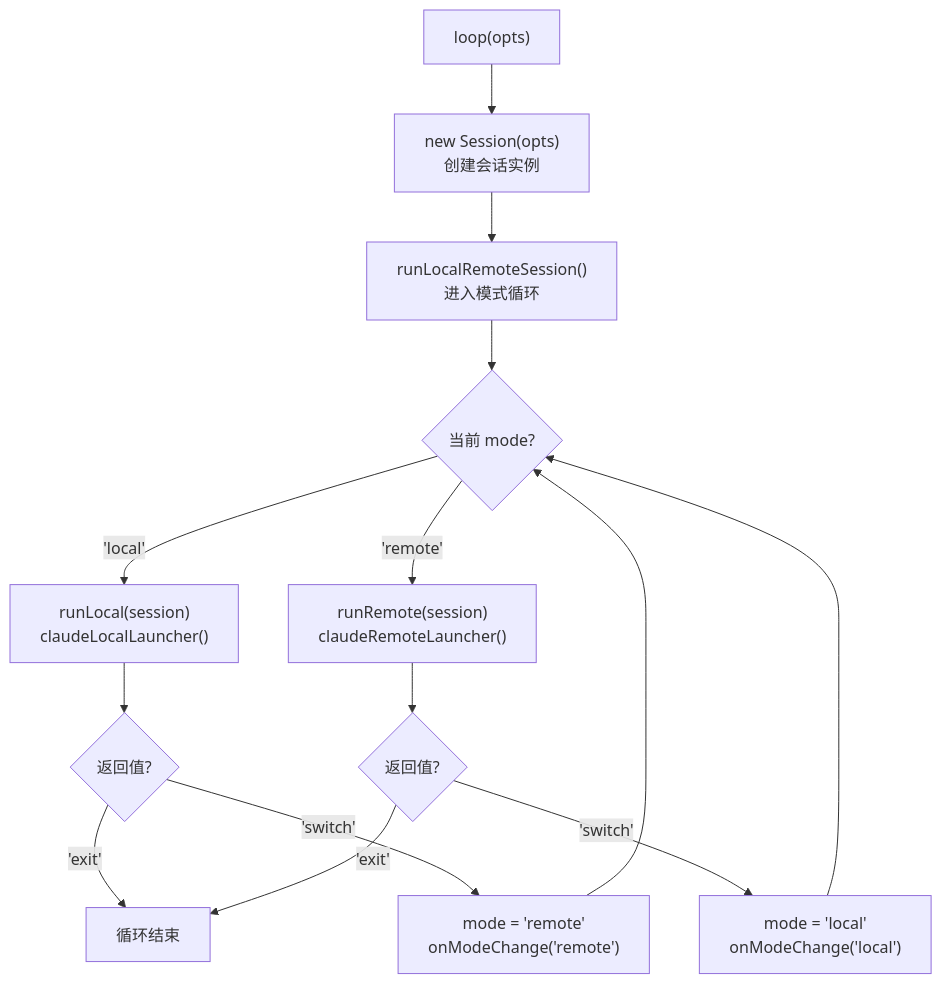
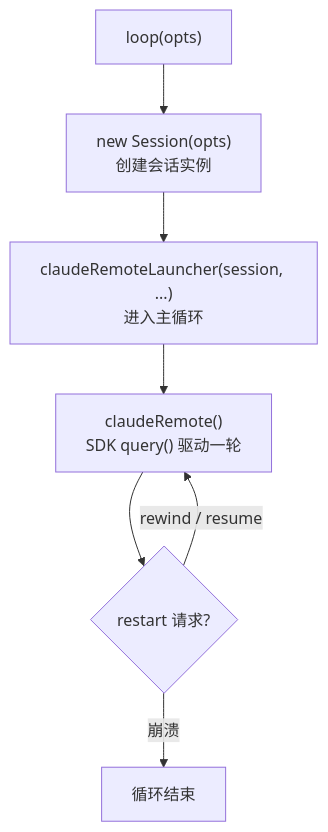
Before and after one commit to ModuBit/mobi: the fourth of 7 diagrams in docs/architecture/cli/commands/claude/README.md, drawn with Mermaid. The commit also changed other lines of this file and 96 other files, not shown here.

````diff
--- a/docs/architecture/cli/commands/claude/README.md
+++ b/docs/architecture/cli/commands/claude/README.md
@@ -196,20 +170,10 @@
 ```mermaid
 flowchart TB
     Start["loop(opts)"] --> CreateSession["new Session(opts)<br/>创建会话实例"]
-    CreateSession --> RunLR["runLocalRemoteSession()<br/>进入模式循环"]
+    CreateSession --> Run["claudeRemoteLauncher(session, ...)<br/>进入主循环"]
 
-    RunLR --> Mode{"当前 mode?"}
-    Mode -->|"'local'"| Local["runLocal(session)<br/>claudeLocalLauncher()"]
-    Mode -->|"'remote'"| Remote["runRemote(session)<br/>claudeRemoteLauncher()"]
-
-    Local --> Result1{"返回值?"}
-    Remote --> Result2{"返回值?"}
-
-    Result1 -->|"'exit'"| Done["循环结束"]
-    Result1 -->|"'switch'"| Switch1["mode = 'remote'<br/>onModeChange('remote')"]
-    Result2 -->|"'exit'"| Done
-    Result2 -->|"'switch'"| Switch2["mode = 'local'<br/>onModeChange('local')"]
-
-    Switch1 --> Mode
-    Switch2 --> Mode
+    Run --> Remote["claudeRemote()<br/>SDK query() 驱动一轮"]
+    Remote --> Restart{"restart 请求?"}
+    Restart -->|rewind / resume| Remote
+    Restart -->|崩溃| Done["循环结束"]
 ```
````
